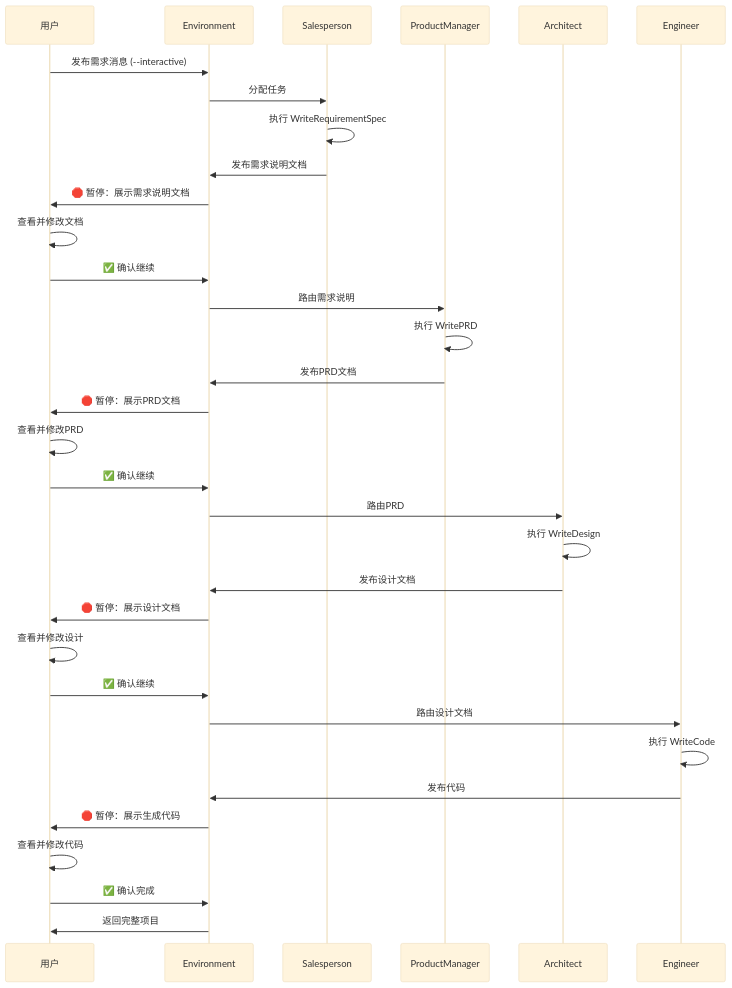
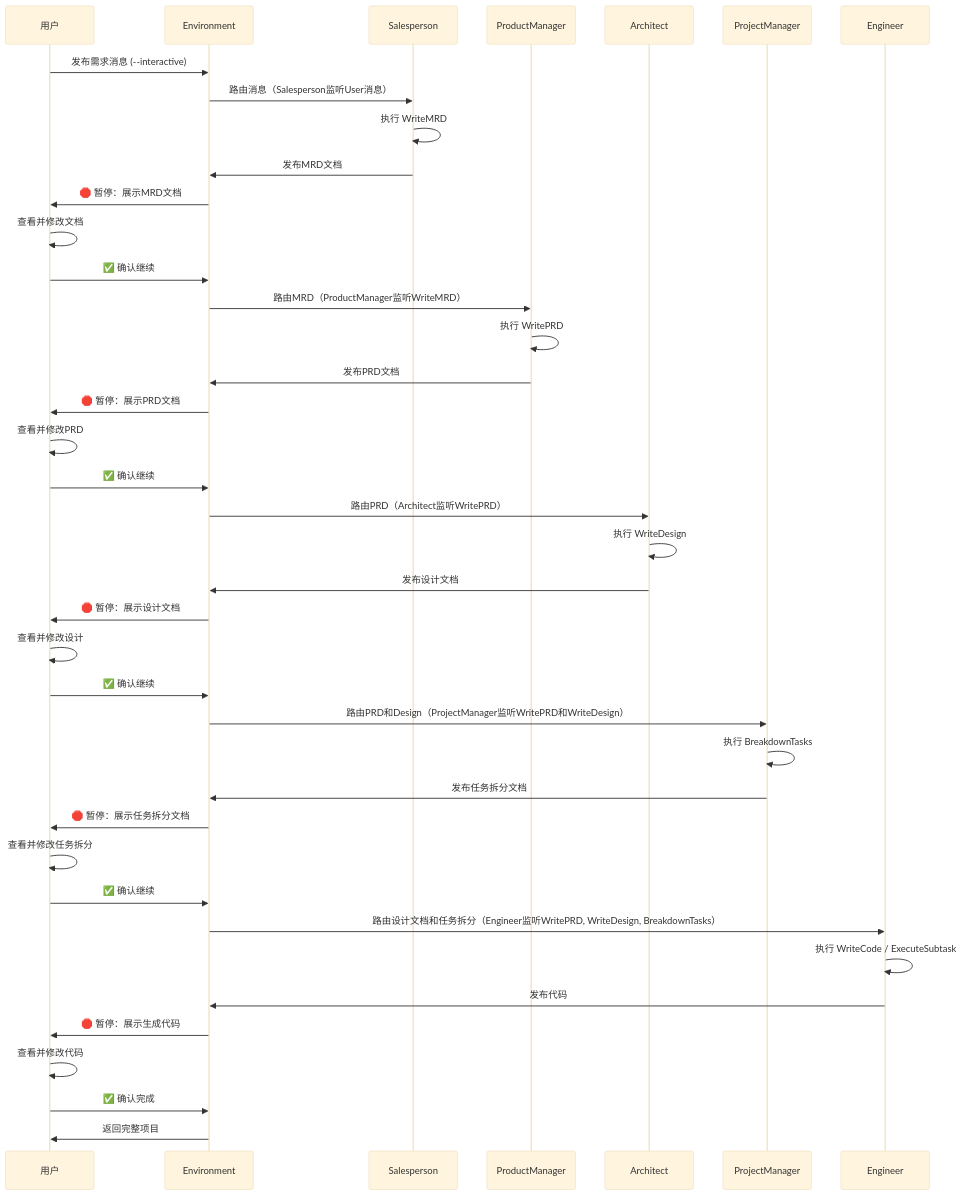
The third of 5 diagrams in doc/02_产品需求文档_PRD.md (Whisper24X/personal), drawn with Mermaid (base theme) before and after one commit. The commit also changed other lines of this file and 9 other files, not shown here.

First line of the commit message:
Refactor ProductManager and Role classes to enhance action handling and documentation

````diff
--- a/doc/02_产品需求文档_PRD.md
+++ b/doc/02_产品需求文档_PRD.md
@@ -188,44 +203,53 @@
 ```mermaid
 sequenceDiagram
     participant User as 用户
     participant Env as Environment
     participant Sales as Salesperson
     participant PM as ProductManager
     participant Arch as Architect
+    participant PMgr as ProjectManager
     participant Eng as Engineer
     
     User->>Env: 发布需求消息 (--interactive)
-    Env->>Sales: 分配任务
-    Sales->>Sales: 执行 WriteRequirementSpec
-    Sales->>Env: 发布需求说明文档
+    Env->>Sales: 路由消息（Salesperson监听User消息）
+    Sales->>Sales: 执行 WriteMRD
+    Sales->>Env: 发布MRD文档
     
-    Env->>User: 🛑 暂停：展示需求说明文档
+    Env->>User: 🛑 暂停：展示MRD文档
     User->>User: 查看并修改文档
     User->>Env: ✅ 确认继续
     
-    Env->>PM: 路由需求说明
+    Env->>PM: 路由MRD（ProductManager监听WriteMRD）
     PM->>PM: 执行 WritePRD
     PM->>Env: 发布PRD文档
     
     Env->>User: 🛑 暂停：展示PRD文档
     User->>User: 查看并修改PRD
     User->>Env: ✅ 确认继续
     
-    Env->>Arch: 路由PRD
+    Env->>Arch: 路由PRD（Architect监听WritePRD）
     Arch->>Arch: 执行 WriteDesign
     Arch->>Env: 发布设计文档
     
     Env->>User: 🛑 暂停：展示设计文档
     User->>User: 查看并修改设计
     User->>Env: ✅ 确认继续
     
-    Env->>Eng: 路由设计文档
-    Eng->>Eng: 执行 WriteCode
+    Env->>PMgr: 路由PRD和Design（ProjectManager监听WritePRD和WriteDesign）
+    PMgr->>PMgr: 执行 BreakdownTasks
+    PMgr->>Env: 发布任务拆分文档
+    
+    Env->>User: 🛑 暂停：展示任务拆分文档
+    User->>User: 查看并修改任务拆分
+    User->>Env: ✅ 确认继续
+    
+    Env->>Eng: 路由设计文档和任务拆分（Engineer监听WritePRD, WriteDesign, BreakdownTasks）
+    Eng->>Eng: 执行 WriteCode / ExecuteSubtask
     Eng->>Env: 发布代码
     
     Env->>User: 🛑 暂停：展示生成代码
     User->>User: 查看并修改代码
     User->>Env: ✅ 确认完成
     
     Env->>User: 返回完整项目
 ```
````
